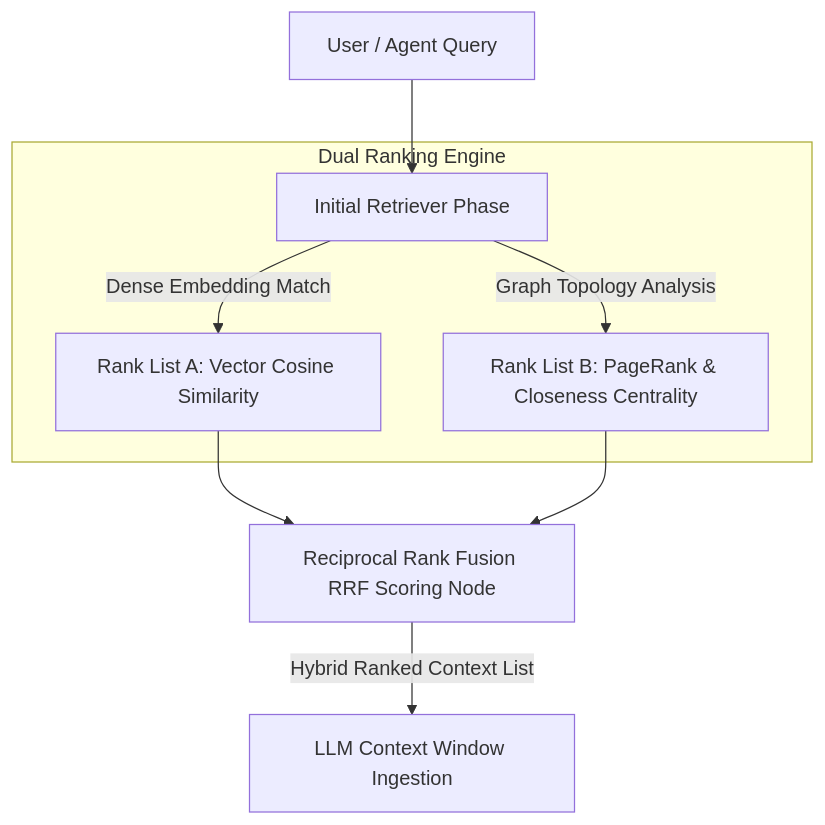
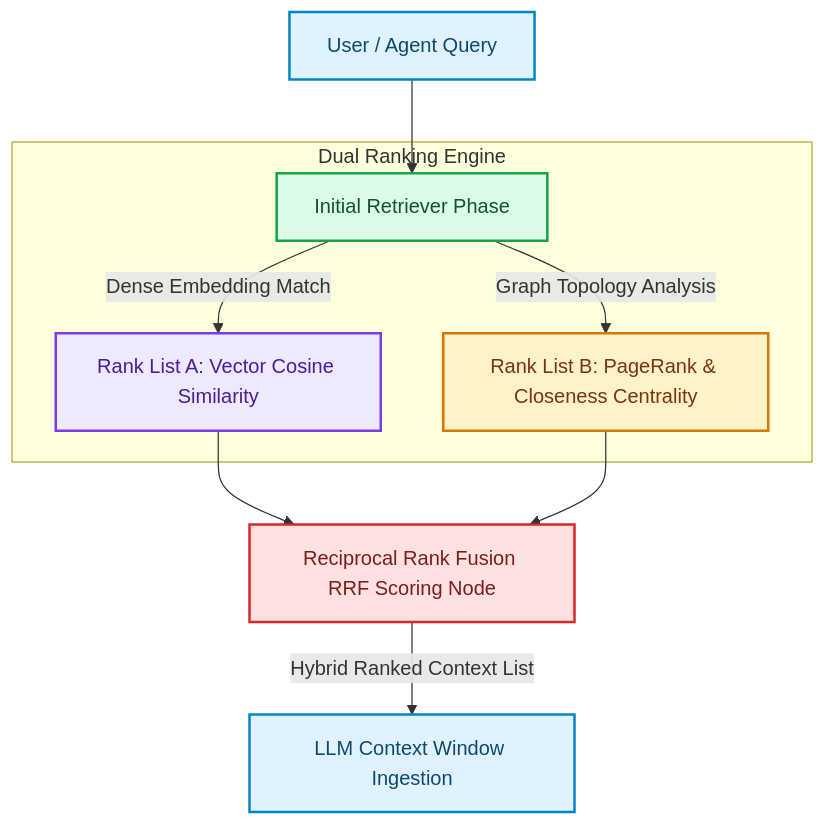
One commit to akmalkhaniub/akmalkhaniub.github.io changed the diagram in blog/posts/hybrid-retrieval-vector-cosine-graph-centrality-ranking.md. Above: the diagram before and after it, drawn with Mermaid. The commit also changed other lines of this file and 1291 other files, not shown here.

First line of the commit message:
feat(catalog): unique covers, scholarly references, and diagram palettes

````diff
--- a/blog/posts/hybrid-retrieval-vector-cosine-graph-centrality-ranking.md
+++ b/blog/posts/hybrid-retrieval-vector-cosine-graph-centrality-ranking.md
@@ -19,14 +19,25 @@
 ```mermaid
 flowchart TD
-  A[User / Agent Query] --> B[Initial Retriever Phase]
+  A["User / Agent Query"] --> B["Initial Retriever Phase"]
   
   subgraph SG1_DualRankingEngine ["Dual Ranking Engine"]
-    B -->|Dense Embedding Match| C[Rank List A: Vector Cosine Similarity]
-    B -->|Graph Topology Analysis| D[Rank List B: PageRank & Closeness Centrality]
+    B -->|Dense Embedding Match| C["Rank List A: Vector Cosine Similarity"]
+    B -->|Graph Topology Analysis| D["Rank List B: PageRank & Closeness Centrality"]
   end
   
-  C --> E[Reciprocal Rank Fusion RRF Scoring Node]
+  C --> E["Reciprocal Rank Fusion RRF Scoring Node"]
   D --> E
   
-  E -->|Hybrid Ranked Context List| F[LLM Context Window Ingestion]
+  E -->|Hybrid Ranked Context List| F["LLM Context Window Ingestion"]
+
+classDef green fill:#dcfce7,stroke:#16a34a,stroke-width:2px,color:#14532d;
+classDef red fill:#fee2e2,stroke:#dc2626,stroke-width:2px,color:#7f1d1d;
+classDef blue fill:#e0f2fe,stroke:#0284c7,stroke-width:2px,color:#0c4a6e;
+classDef yellow fill:#fef3c7,stroke:#d97706,stroke-width:2px,color:#78350f;
+classDef purple fill:#ede9fe,stroke:#7c3aed,stroke-width:2px,color:#4c1d95;
+class A,F blue
+class B green
+class C purple
+class D yellow
+class E red
 ```
````
